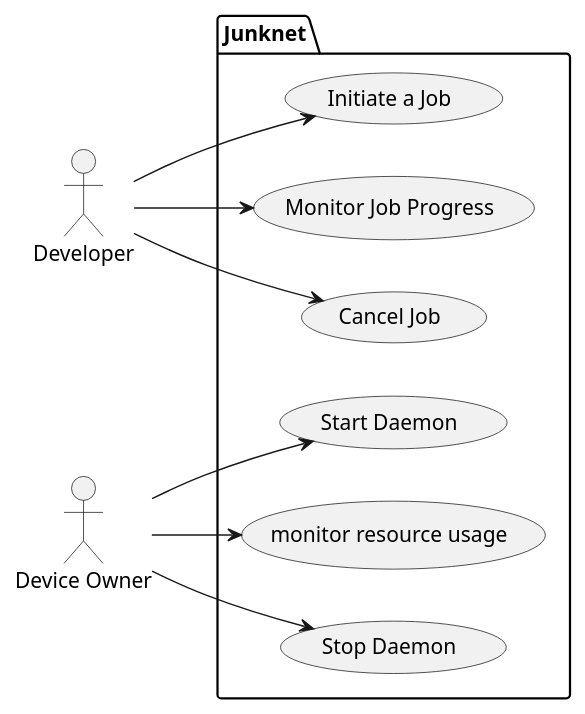
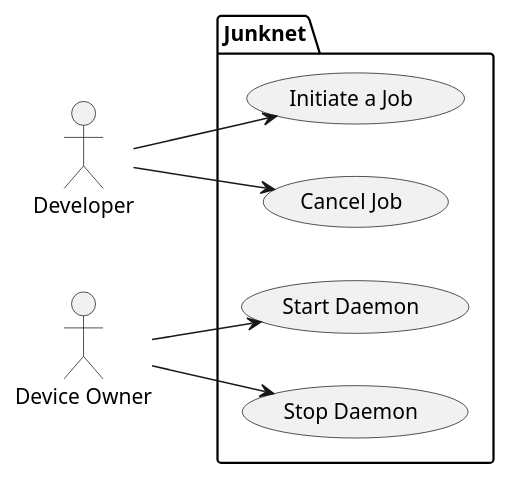
One commit to cs130-w21/1 changed the diagram in UseCase/usecase.plantuml. Above: the diagram before and after it, drawn with PlantUML. The commit also changed 1 other file, not shown here.

Commit message:
Added One sequence diagram. Removed monitoring use case from user and device owner in UseCase Diagram.

```diff
--- a/UseCase/usecase.plantuml
+++ b/UseCase/usecase.plantuml
@@ -1,23 +1,19 @@
 @startuml
 left to right direction
 
 actor Developer as developer
 actor "Device Owner" as DevOwn
 
 package Junknet { 
 	usecase (Initiate a Job) as initiate
-	usecase (Monitor Job Progress) as monitor
 	usecase (Cancel Job) as cancel
         usecase (Start Daemon) as start
-        usecase (monitor resource usage) as resUsa
         usecase (Stop Daemon) as stop
 
 }
 
 developer --> initiate
-developer --> monitor
 developer --> cancel
 DevOwn --> start
-DevOwn --> resUsa
 DevOwn --> stop
 @enduml
```
